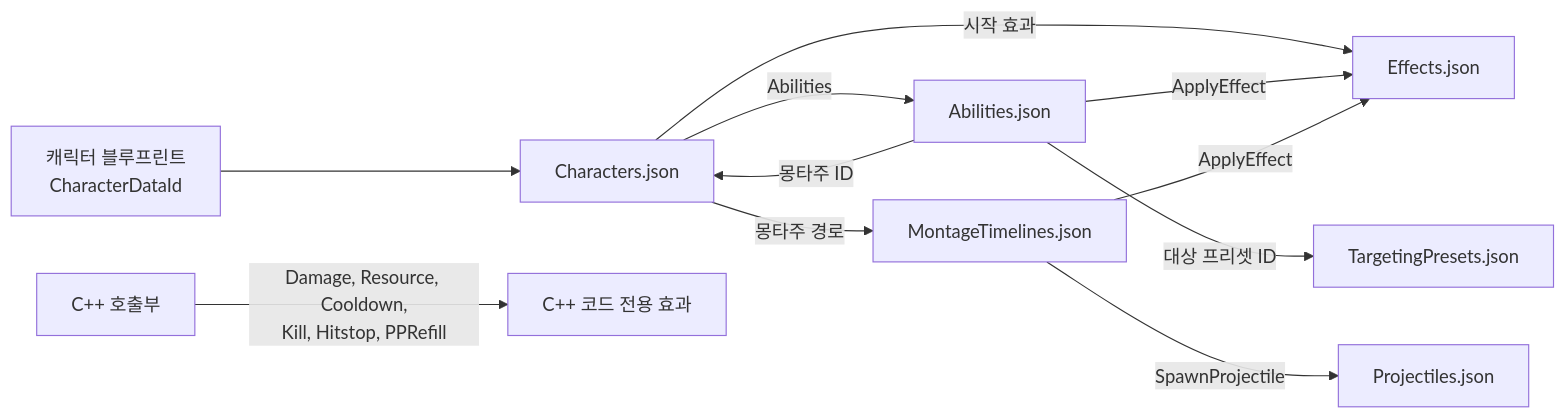
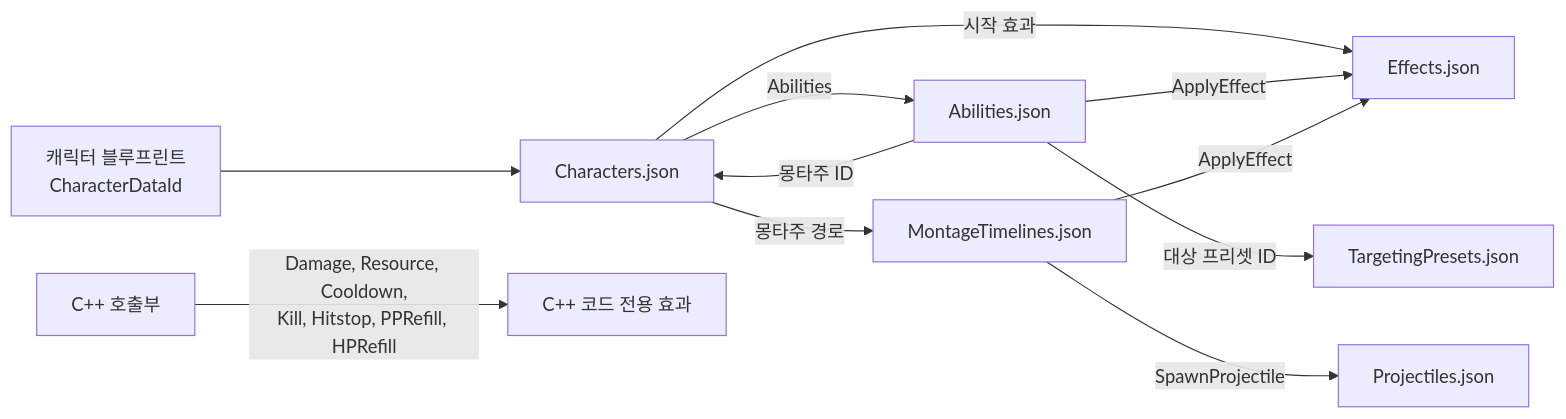
Before and after one commit to Woogl/Ag: the first of 2 diagrams in Docs/Architecture/데이터 로딩과 스키마.md, drawn with Mermaid. The commit also changed 14 other files, not shown here.

````diff
--- a/Docs/Architecture/데이터 로딩과 스키마.md
+++ b/Docs/Architecture/데이터 로딩과 스키마.md
@@ -47,13 +47,13 @@
 ```mermaid
 flowchart LR
     BP["캐릭터 블루프린트<br>CharacterDataId"] --> C["Characters.json"]
     C -->|"Abilities"| A["Abilities.json"]
     C -->|"시작 효과"| E["Effects.json"]
     A -->|"몽타주 ID"| C
     A -->|"ApplyEffect"| E
     A -->|"대상 프리셋 ID"| G["TargetingPresets.json"]
     C -->|"몽타주 경로"| T["MontageTimelines.json"]
     T -->|"ApplyEffect"| E
     T -->|"SpawnProjectile"| P["Projectiles.json"]
-    K["C++ 호출부"] -->|"Damage, Resource, Cooldown,<br>Kill, Hitstop, PPRefill"| N["C++ 코드 전용 효과"]
+    K["C++ 호출부"] -->|"Damage, Resource, Cooldown,<br>Kill, Hitstop, PPRefill, HPRefill"| N["C++ 코드 전용 효과"]
 ```
````
